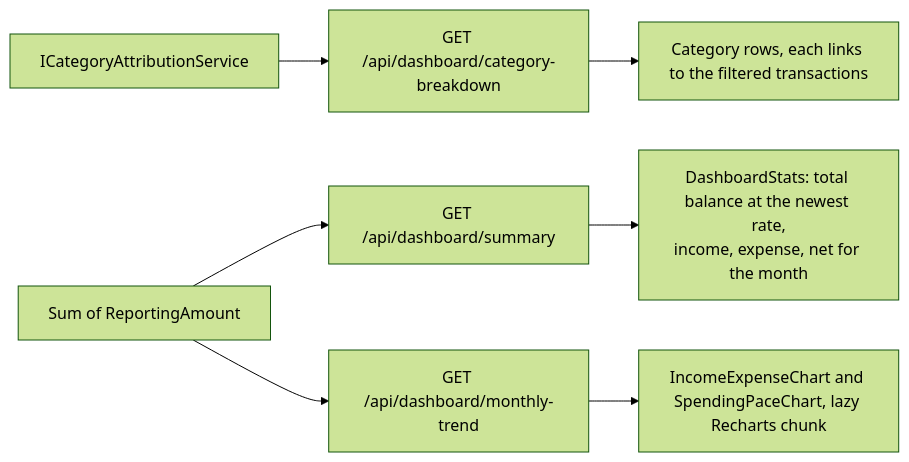
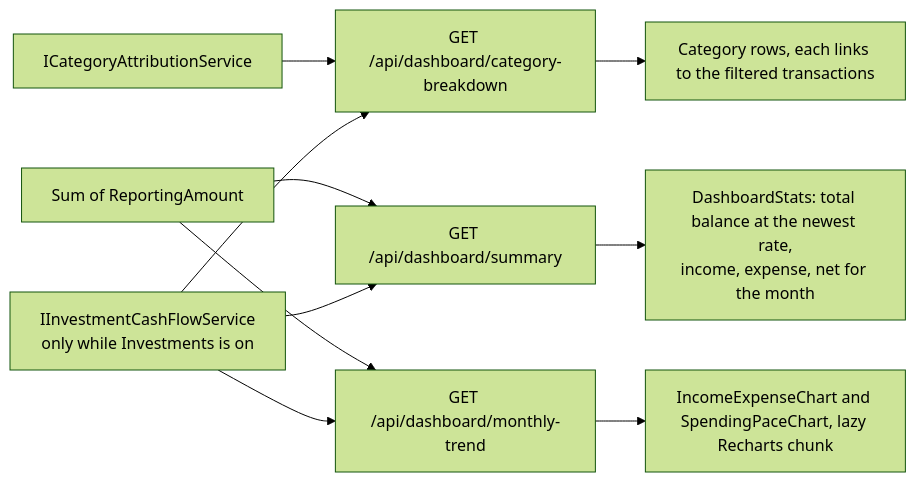
The diagram in docs/features/17. Dashboard.md (Justxs/Jx-Finance), drawn with Mermaid (forest theme) before and after one commit. The commit also changed other lines of this file and 31 other files, not shown here.

````diff
--- a/docs/features/17. Dashboard.md
+++ b/docs/features/17. Dashboard.md
@@ -7,9 +7,12 @@
 ```mermaid
 flowchart LR
     S["GET /api/dashboard/summary"] --> Stats["DashboardStats: total balance at the newest rate,<br/>income, expense, net for the month"]
     C["GET /api/dashboard/category-breakdown"] --> Cats["Category rows, each links to the filtered transactions"]
     T["GET /api/dashboard/monthly-trend"] --> Chart["IncomeExpenseChart and SpendingPaceChart, lazy Recharts chunk"]
     Attr["ICategoryAttributionService"] --> C
     RA["Sum of ReportingAmount"] --> S
     RA --> T
+    Inv["IInvestmentCashFlowService<br/>only while Investments is on"] --> S
+    Inv --> T
+    Inv --> C
 ```
````
